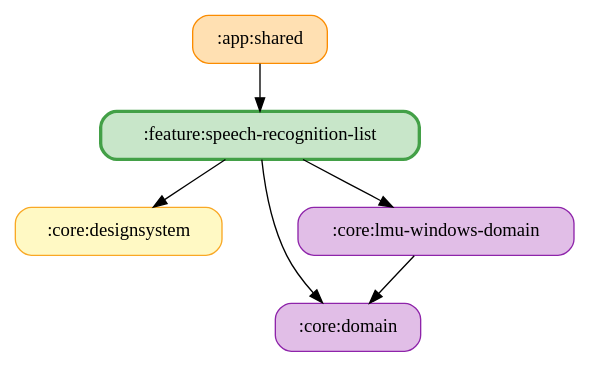
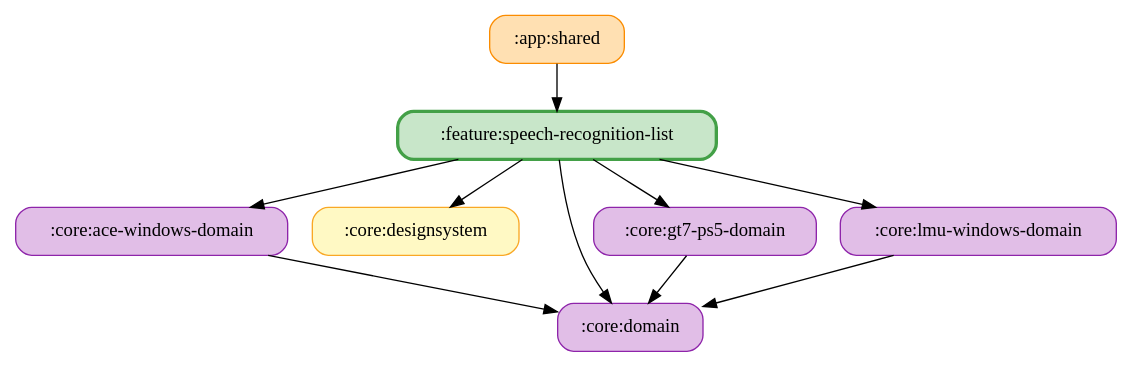
One commit to ai-kurou/KoDriver changed the diagram in docs/graphs/feature-speech-recognition-list.gv. Above: the diagram before and after it, drawn with Graphviz. The commit also changed 7 other files, not shown here.

Commit message:
chore: update module graph images

```diff
--- a/docs/graphs/feature-speech-recognition-list.gv
+++ b/docs/graphs/feature-speech-recognition-list.gv
@@ -1,14 +1,20 @@
 digraph G {
   rankdir=TB
   node [shape=box, style="rounded,filled"]
   ":app:shared" [fillcolor="#FFE0B2", color="#FB8C00", penwidth=1]
+  ":core:ace-windows-domain" [fillcolor="#E1BEE7", color="#8E24AA", penwidth=1]
   ":core:designsystem" [fillcolor="#FFF9C4", color="#F9A825", penwidth=1]
   ":core:domain" [fillcolor="#E1BEE7", color="#8E24AA", penwidth=1]
+  ":core:gt7-ps5-domain" [fillcolor="#E1BEE7", color="#8E24AA", penwidth=1]
   ":core:lmu-windows-domain" [fillcolor="#E1BEE7", color="#8E24AA", penwidth=1]
   ":feature:speech-recognition-list" [fillcolor="#C8E6C9", color="#43A047", penwidth=2.5]
   ":app:shared" -> ":feature:speech-recognition-list"
+  ":core:ace-windows-domain" -> ":core:domain"
+  ":core:gt7-ps5-domain" -> ":core:domain"
   ":core:lmu-windows-domain" -> ":core:domain"
   ":feature:speech-recognition-list" -> ":core:domain"
   ":feature:speech-recognition-list" -> ":core:designsystem"
+  ":feature:speech-recognition-list" -> ":core:ace-windows-domain"
+  ":feature:speech-recognition-list" -> ":core:gt7-ps5-domain"
   ":feature:speech-recognition-list" -> ":core:lmu-windows-domain"
 }
```
